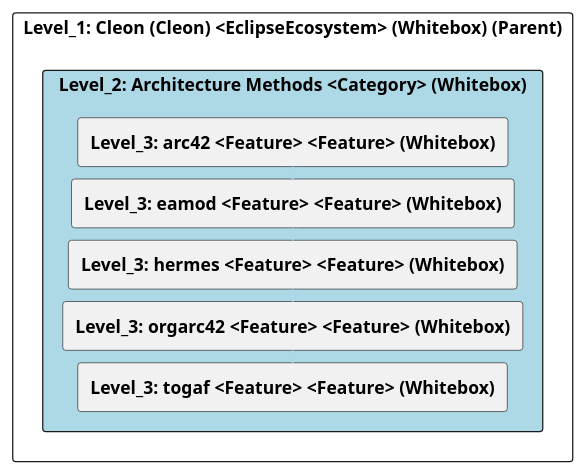
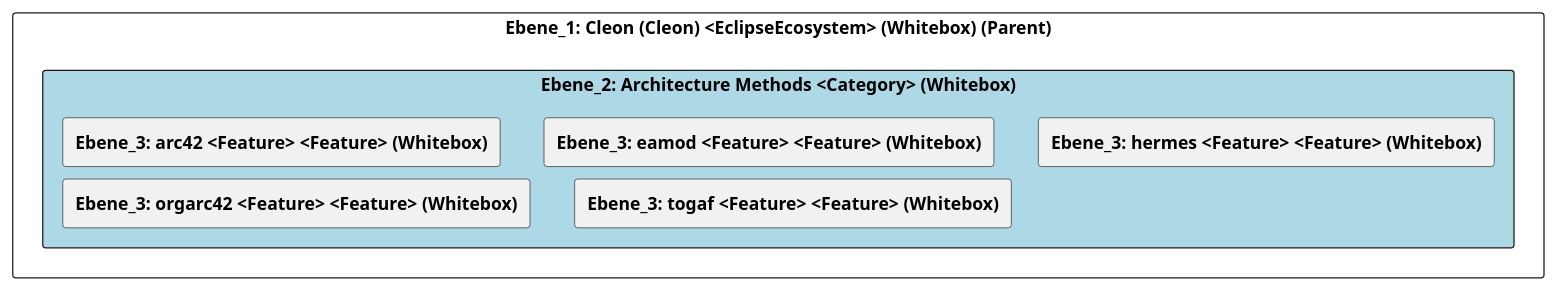
Before and after one commit to marcozwyssig/cleon: the diagram in doc/cleonproject_deliverables_architecture_model_architecture/adoc/de/05_bausteinsicht/cleon/architecture_methods/ebene_2_architecture_methods.adoc, drawn with PlantUML. The commit also changed other lines of this file and 150 other files, not shown here.

```diff
--- a/doc/cleonproject_deliverables_architecture_model_architecture/adoc/de/05_bausteinsicht/cleon/architecture_methods/ebene_2_architecture_methods.adoc
+++ b/doc/cleonproject_deliverables_architecture_model_architecture/adoc/de/05_bausteinsicht/cleon/architecture_methods/ebene_2_architecture_methods.adoc
@@ -24,34 +24,28 @@
-[plantuml, Level_2: Architecture Methods <Category> (Whitebox)BlockOverview, format="svg"]
+[plantuml, Ebene_2: Architecture Methods <Category> (Whitebox)BlockOverview, format="svg"]
 ----
-@startuml Level_2: Architecture Methods <Category> (Whitebox)BuildingBlockOverview
+@startuml Ebene_2: Architecture Methods <Category> (Whitebox)BuildingBlockOverview
 
 skinparam ranksep 10
 skinparam componentStyle rectangle
 skinparam shadowing false
 skinparam arrowColor lightblue
 skinparam arrowThickness 1.2
 skinparam rectangle {
   BackgroundColor White
   BorderColor #333
   RoundCorner 10
 }
 top to bottom direction
 
-component "Level_1: Cleon (Cleon) <EclipseEcosystem> (Whitebox) (Parent)" {
-    component "Level_2: Architecture Methods <Category> (Whitebox)" #lightblue {
-        [**Level_3: arc42 <Feature> <Feature> (Whitebox)**] as 4905A654_D579_11EE_903E_9F564E4DE07E
-        [**Level_3: eamod <Feature> <Feature> (Whitebox)**] as 49057F36_D579_11EE_903E_9F564E4DE07E
-        [**Level_3: hermes <Feature> <Feature> (Whitebox)**] as 5F655CDC_DCBE_11EF_87B5_5327CB6D0EC7
-        [**Level_3: orgarc42 <Feature> <Feature> (Whitebox)**] as 49057F33_D579_11EE_903E_9F564E4DE07E
-        [**Level_3: togaf <Feature> <Feature> (Whitebox)**] as 4905581C_D579_11EE_903E_9F564E4DE07E
+component "Ebene_1: Cleon (Cleon) <EclipseEcosystem> (Whitebox) (Parent)" {
+    component "Ebene_2: Architecture Methods <Category> (Whitebox)" #lightblue {
+        [**Ebene_3: arc42 <Feature> <Feature> (Whitebox)**] as 4905A654_D579_11EE_903E_9F564E4DE07E
+        [**Ebene_3: eamod <Feature> <Feature> (Whitebox)**] as 49057F36_D579_11EE_903E_9F564E4DE07E
+        [**Ebene_3: hermes <Feature> <Feature> (Whitebox)**] as 5F655CDC_DCBE_11EF_87B5_5327CB6D0EC7
+        [**Ebene_3: orgarc42 <Feature> <Feature> (Whitebox)**] as 49057F33_D579_11EE_903E_9F564E4DE07E
+        [**Ebene_3: togaf <Feature> <Feature> (Whitebox)**] as 4905581C_D579_11EE_903E_9F564E4DE07E
     }
-
-    4905A654_D579_11EE_903E_9F564E4DE07E -down-> 49057F36_D579_11EE_903E_9F564E4DE07E
-    49057F36_D579_11EE_903E_9F564E4DE07E -down-> 5F655CDC_DCBE_11EF_87B5_5327CB6D0EC7
-    5F655CDC_DCBE_11EF_87B5_5327CB6D0EC7 -down-> 49057F33_D579_11EE_903E_9F564E4DE07E
-    49057F33_D579_11EE_903E_9F564E4DE07E -down-> 4905581C_D579_11EE_903E_9F564E4DE07E
-    
 }
 
 @enduml
 ----
```
